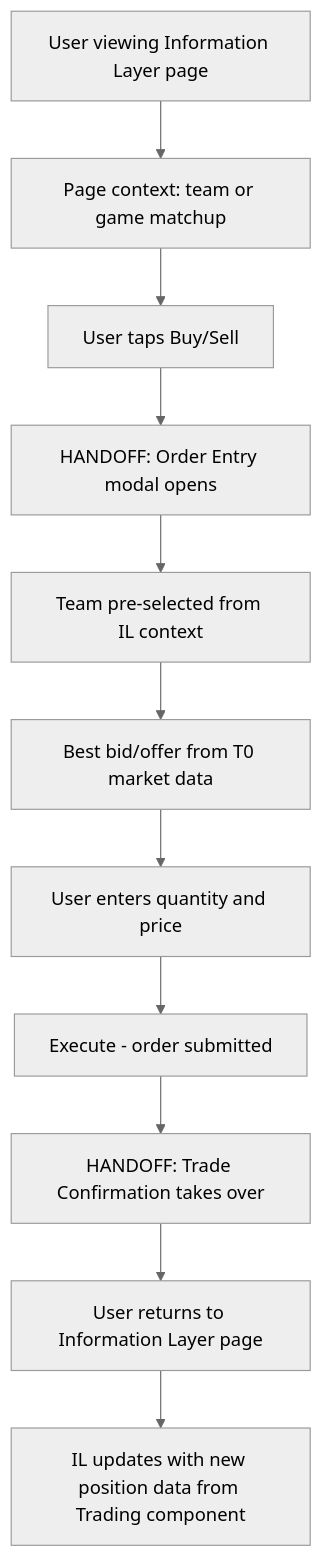
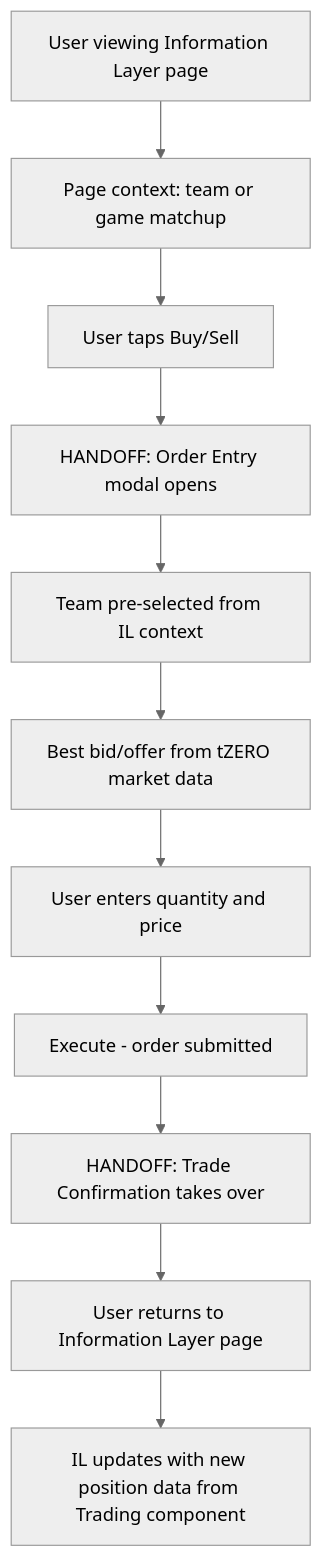
The fifth of 5 diagrams in vault/components/trading/sub-components/order-entry/order-entry.md (Novosapien/inplay-vault), drawn with Mermaid (neutral theme) before and after one commit. The commit also changed 94 other files, not shown here.

````diff
--- a/vault/components/trading/sub-components/order-entry/order-entry.md
+++ b/vault/components/trading/sub-components/order-entry/order-entry.md
@@ -245,13 +245,13 @@
 ```mermaid
 graph TD
     A[User viewing Information Layer page] --> B[Page context: team or game matchup]
     B --> C[User taps Buy/Sell]
     C --> D[HANDOFF: Order Entry modal opens]
     D --> E[Team pre-selected from IL context]
-    E --> F[Best bid/offer from T0 market data]
+    E --> F[Best bid/offer from tZERO market data]
     F --> G[User enters quantity and price]
     G --> H[Execute - order submitted]
     H --> I[HANDOFF: Trade Confirmation takes over]
     I --> J[User returns to Information Layer page]
     J --> K[IL updates with new position data from Trading component]
 ```
````
